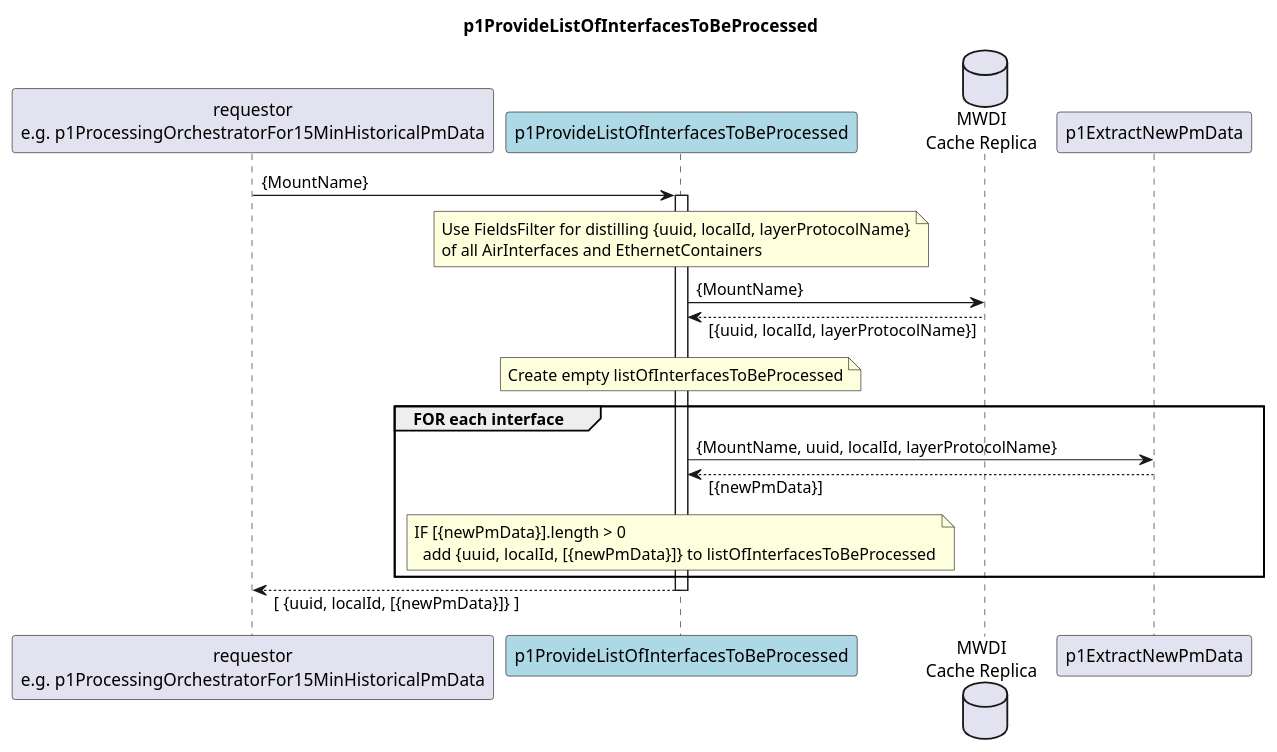
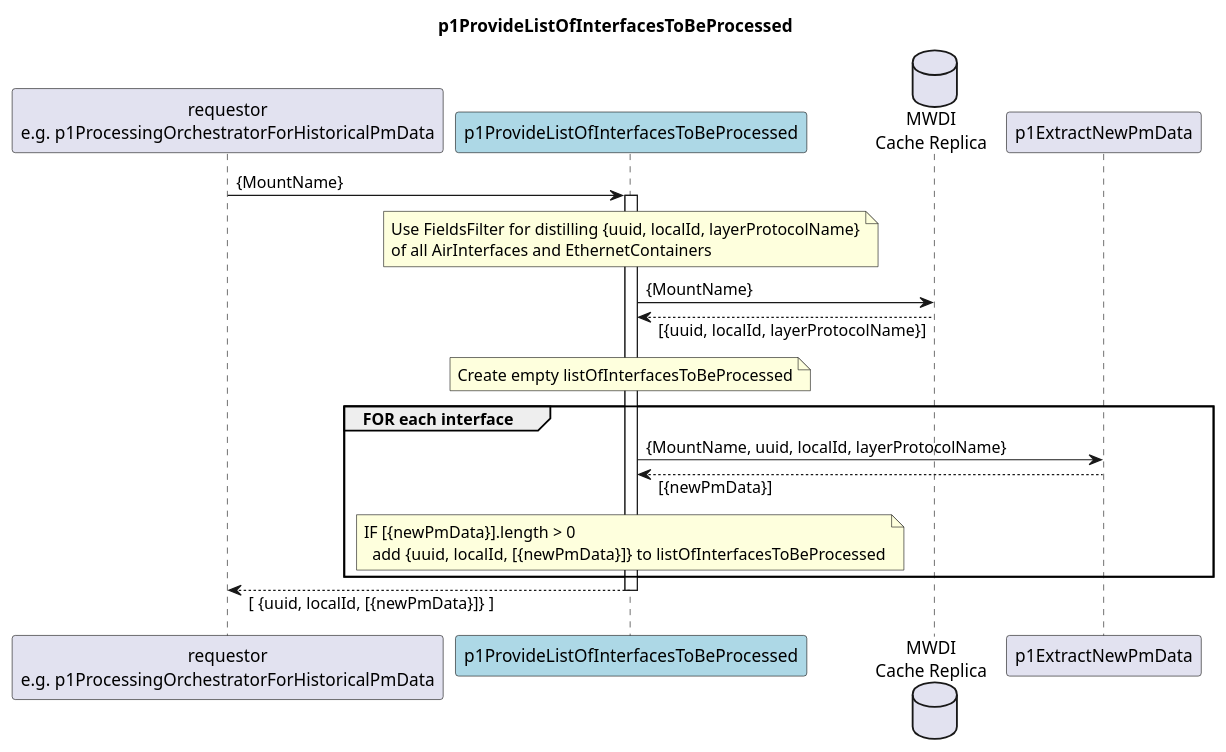
One commit to openBackhaul/DevicePerformanceManagementDataProcessor changed the diagram in spec/Functions/specificFunctions/p1ProvideListOfInterfacesToBeProcessed/1.0.0/diagram.plantuml. Above: the diagram before and after it, drawn with PlantUML. The commit also changed 19 other files, not shown here.

Commit message:
Add diagram of Pre-Release

```diff
--- a/spec/Functions/specificFunctions/p1ProvideListOfInterfacesToBeProcessed/1.0.0/diagram.plantuml
+++ b/spec/Functions/specificFunctions/p1ProvideListOfInterfacesToBeProcessed/1.0.0/diagram.plantuml
@@ -1,40 +1,40 @@
 @startuml diagram
 skinparam responseMessageBelowArrow true
 
 title
   p1ProvideListOfInterfacesToBeProcessed
 end title
 
-participant "requestor\ne.g. p1ProcessingOrchestratorFor15MinHistoricalPmData" as requestor
+participant "requestor\ne.g. p1ProcessingOrchestratorForHistoricalPmData" as requestor
 participant "p1ProvideListOfInterfacesToBeProcessed" as ITBP #LightBlue
 database "MWDI\nCache Replica" as MWDI
 participant "p1ExtractNewPmData" as ENPD
 
 
 requestor -> ITBP : {MountName}
 activate ITBP
 note over ITBP
   Use FieldsFilter for distilling {uuid, localId, layerProtocolName}
   of all AirInterfaces and EthernetContainers
 end note
 ITBP -> MWDI : {MountName}
 ITBP <-- MWDI : [{uuid, localId, layerProtocolName}]
 
 note over ITBP
   Create empty listOfInterfacesToBeProcessed
 end note
 
 group FOR each interface
   ITBP -> ENPD : {MountName, uuid, localId, layerProtocolName}
   ITBP <-- ENPD : [{newPmData}]
   note over ITBP
     IF [{newPmData}].length > 0
       add {uuid, localId, [{newPmData}]} to listOfInterfacesToBeProcessed
   end note
 end
 
 requestor <-- ITBP : [ {uuid, localId, [{newPmData}]} ]
 
 deactivate ITBP
 
 @enduml
```
